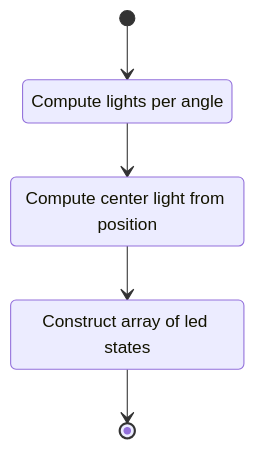
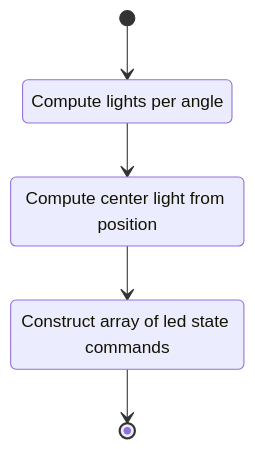
Before and after one commit to Nontrivial-Solutions/Simple-LED-Animation-Serial-Driver: the diagram in docs/content/python_driver/units/00002_fastrak_animator.md, drawn with Mermaid. The commit also changed other lines of this file and 16 other files, not shown here.

````diff
--- a/docs/content/python_driver/units/00002_fastrak_animator.md
+++ b/docs/content/python_driver/units/00002_fastrak_animator.md
@@ -30,11 +27,11 @@
 ```mermaid
 stateDiagram-v2
     state "Compute lights per angle" as lpa 
     state "Compute center light from position" as cclfp 
-    state "Construct array of led states" as caols 
+    state "Construct array of led state commands" as caols 
     [*] --> lpa
     lpa --> cclfp
     cclfp --> caols
     caols --> [*]
 
 ```
````
